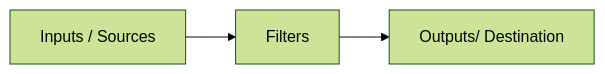
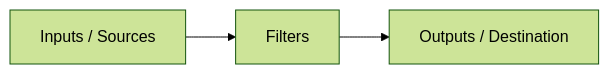
The first of 3 diagrams in local-testing/validating-your-data-and-structure.md (fluent/fluent-bit-docs), drawn with Mermaid (forest theme) before and after one commit. The commit also changed other lines of this file, not shown here.

````diff
--- a/local-testing/validating-your-data-and-structure.md
+++ b/local-testing/validating-your-data-and-structure.md
@@ -18,7 +11,7 @@
 ```mermaid
 flowchart LR
 IS[Inputs / Sources]
 Fil[Filters]
-OD[Outputs/ Destination]
+OD[Outputs / Destination]
 IS --> Fil --> OD
 ```
````
